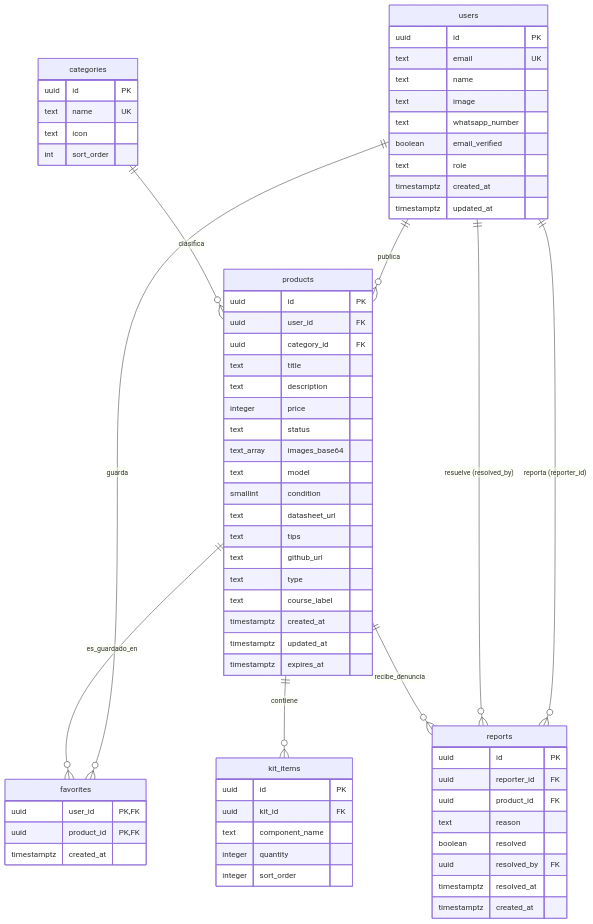
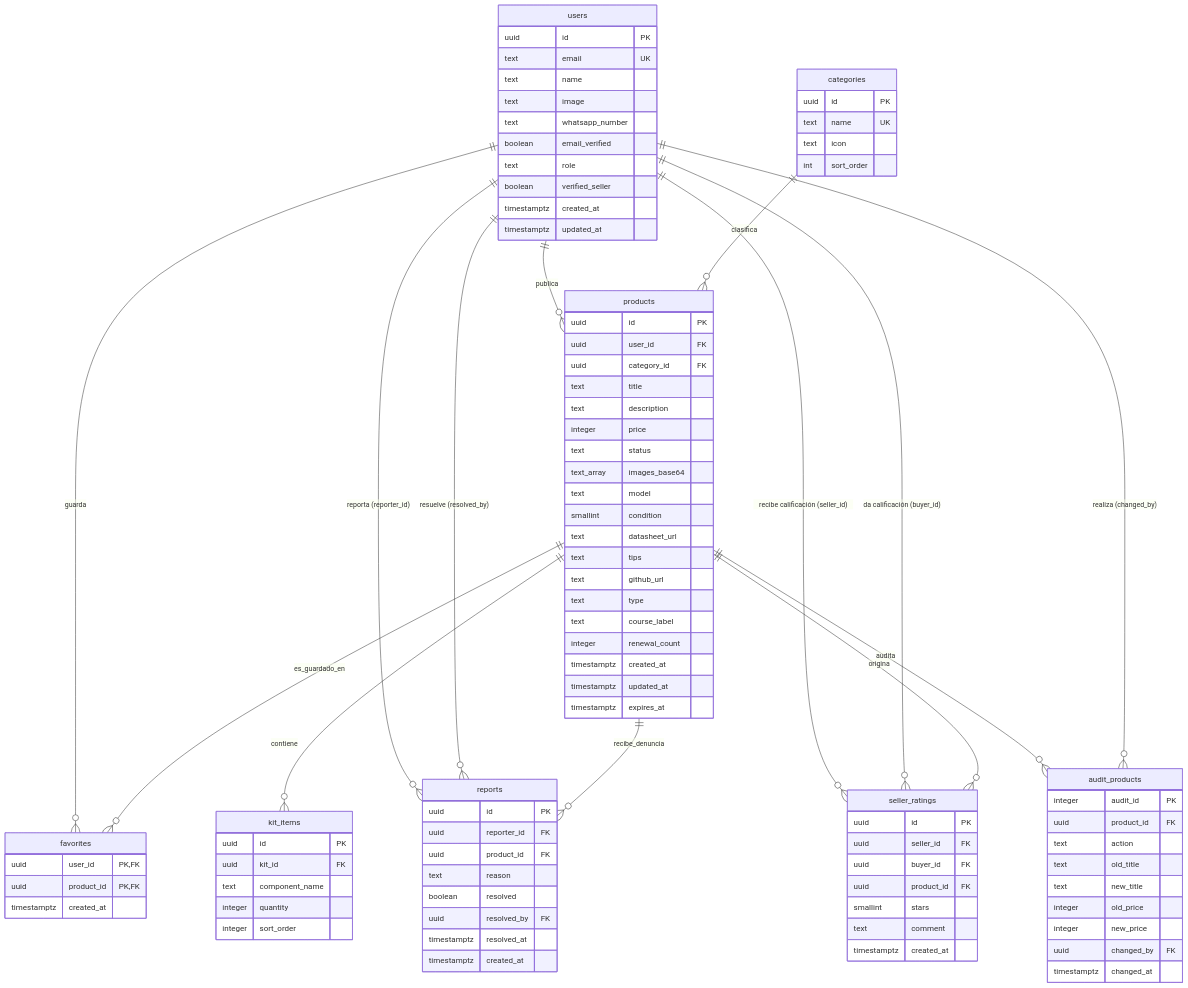
Before and after one commit to ACKB/la-cachina-dart: the seventh of 7 diagrams in documentacion/Diagramas.md, drawn with Mermaid.

Commit message:
docs: actualizar diagrama ERD lógico de base de datos con seller_ratings y audit_products

````diff
--- a/documentacion/Diagramas.md
+++ b/documentacion/Diagramas.md
@@ -217,6 +217,7 @@
         text whatsapp_number
         boolean email_verified
         text role
+        boolean verified_seller
         timestamptz created_at
         timestamptz updated_at
     }
@@ -242,6 +243,7 @@
         text github_url
         text type
         text course_label
+        integer renewal_count
         timestamptz created_at
         timestamptz updated_at
         timestamptz expires_at
@@ -268,6 +270,26 @@
         timestamptz resolved_at
         timestamptz created_at
     }
+    seller_ratings {
+        uuid id PK
+        uuid seller_id FK
+        uuid buyer_id FK
+        uuid product_id FK
+        smallint stars
+        text comment
+        timestamptz created_at
+    }
+    audit_products {
+        integer audit_id PK
+        uuid product_id FK
+        text action
+        text old_title
+        text new_title
+        integer old_price
+        integer new_price
+        uuid changed_by FK
+        timestamptz changed_at
+    }
 
     users ||--o{ products : "publica"
     users ||--o{ favorites : "guarda"
@@ -276,5 +298,10 @@
     categories ||--o{ products : "clasifica"
     products ||--o{ favorites : "es_guardado_en"
     products ||--o{ kit_items : "contiene"
-    products ||--o{ reports : "recibe_denuncia"
+        products ||--o{ reports : "recibe_denuncia"
+    users ||--o{ seller_ratings : "recibe calificación (seller_id)"
+    users ||--o{ seller_ratings : "da calificación (buyer_id)"
+    products ||--o{ seller_ratings : "origina"
+    products ||--o{ audit_products : "audita"
+    users ||--o{ audit_products : "realiza (changed_by)"
 ```
````
